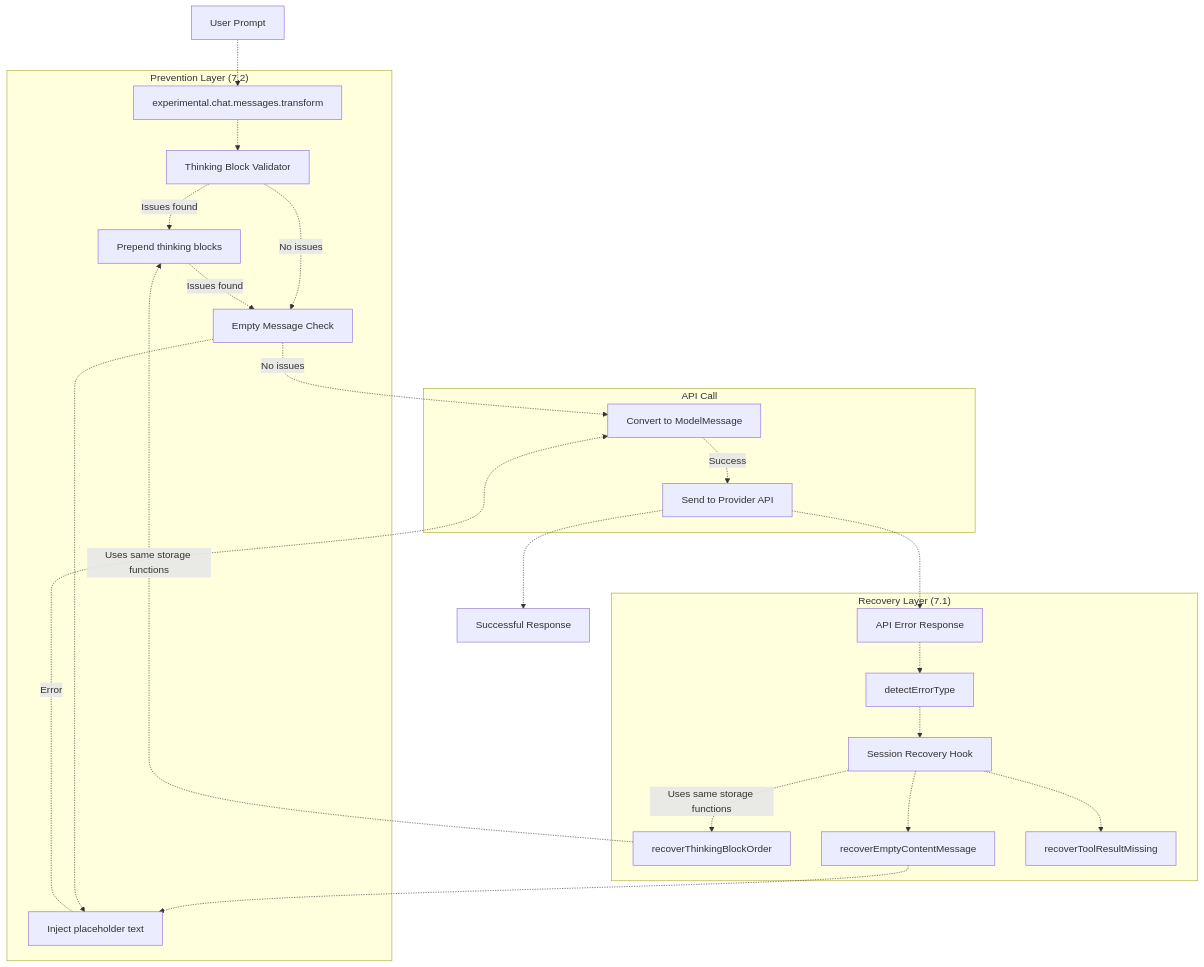
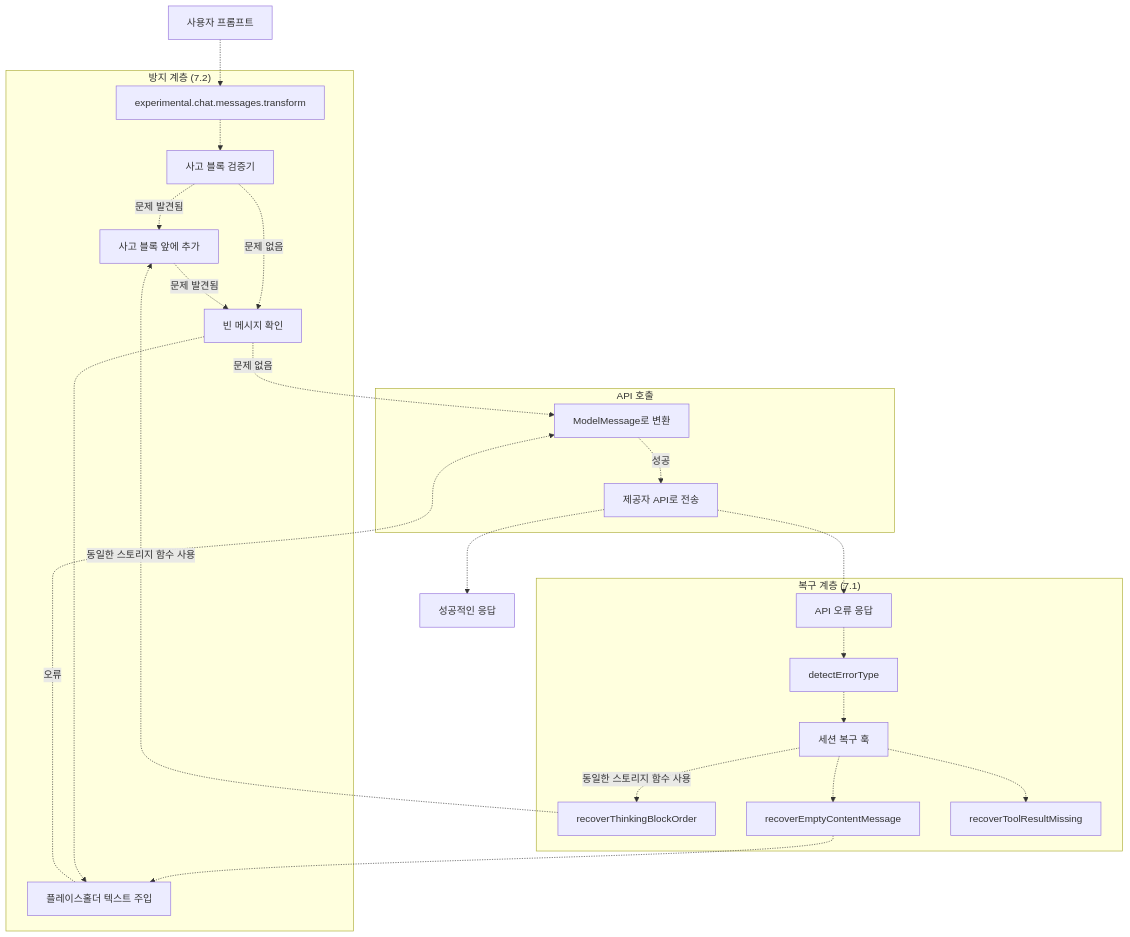
Before and after one commit to felipetruman/oh-my-opencode-docs: the tenth of 10 diagrams in docs/reliability/message-validation.md, drawn with Mermaid. The commit also changed other lines of this file and 76 other files, not shown here.

````diff
--- a/docs/reliability/message-validation.md
+++ b/docs/reliability/message-validation.md
@@ -517,60 +517,60 @@
 ```mermaid
 flowchart TD
 
-UserPrompt["User Prompt"]
+UserPrompt["사용자 프롬프트"]
 Transform["experimental.chat.messages.transform"]
-ThinkValidator["Thinking Block Validator"]
-EmptyCheck["Empty Message Check"]
-Fix1["Prepend thinking blocks"]
-Fix2["Inject placeholder text"]
-ModelConvert["Convert to ModelMessage"]
-APIRequest["Send to Provider API"]
-APIError["API Error Response"]
+ThinkValidator["사고 블록 검증기"]
+EmptyCheck["빈 메시지 확인"]
+Fix1["사고 블록 앞에 추가"]
+Fix2["플레이스홀더 텍스트 주입"]
+ModelConvert["ModelMessage로 변환"]
+APIRequest["제공자 API로 전송"]
+APIError["API 오류 응답"]
 DetectType["detectErrorType"]
-SessionRecovery["Session Recovery Hook"]
+SessionRecovery["세션 복구 훅"]
 RecoverThinking["recoverThinkingBlockOrder"]
 RecoverEmpty["recoverEmptyContentMessage"]
 RecoverTool["recoverToolResultMissing"]
-Success["Successful Response"]
+Success["성공적인 응답"]
 
 UserPrompt -.-> Transform
-EmptyCheck -.->|"No issues"| ModelConvert
-Fix2 -.->|"Error"| ModelConvert
+EmptyCheck -.->|"문제 없음"| ModelConvert
+Fix2 -.->|"오류"| ModelConvert
 APIRequest -.-> Success
 APIRequest -.-> APIError
-RecoverThinking -.->|"Uses same storage functions"| Fix1
+RecoverThinking -.->|"동일한 스토리지 함수 사용"| Fix1
 RecoverEmpty -.-> Fix2
 
-subgraph subGraph2 ["Recovery Layer (7.1)"]
+subgraph subGraph2 ["복구 계층 (7.1)"]
     APIError
     DetectType
     SessionRecovery
     RecoverThinking
     RecoverEmpty
     RecoverTool
     APIError -.-> DetectType
     DetectType -.-> SessionRecovery
-    SessionRecovery -.->|"Uses same storage functions"| RecoverThinking
+    SessionRecovery -.->|"동일한 스토리지 함수 사용"| RecoverThinking
     SessionRecovery -.-> RecoverEmpty
     SessionRecovery -.-> RecoverTool
 end
 
-subgraph subGraph1 ["API Call"]
+subgraph subGraph1 ["API 호출"]
     ModelConvert
     APIRequest
-    ModelConvert -.->|"Success"| APIRequest
+    ModelConvert -.->|"성공"| APIRequest
 end
 
-subgraph subGraph0 ["Prevention Layer (7.2)"]
+subgraph subGraph0 ["방지 계층 (7.2)"]
     Transform
     ThinkValidator
     EmptyCheck
     Fix1
     Fix2
     Transform -.-> ThinkValidator
-    ThinkValidator -.->|"Issues found"| Fix1
-    ThinkValidator -.->|"No issues"| EmptyCheck
-    Fix1 -.->|"Issues found"| EmptyCheck
+    ThinkValidator -.->|"문제 발견됨"| Fix1
+    ThinkValidator -.->|"문제 없음"| EmptyCheck
+    Fix1 -.->|"문제 발견됨"| EmptyCheck
     EmptyCheck -.-> Fix2
 end
 ```
````
